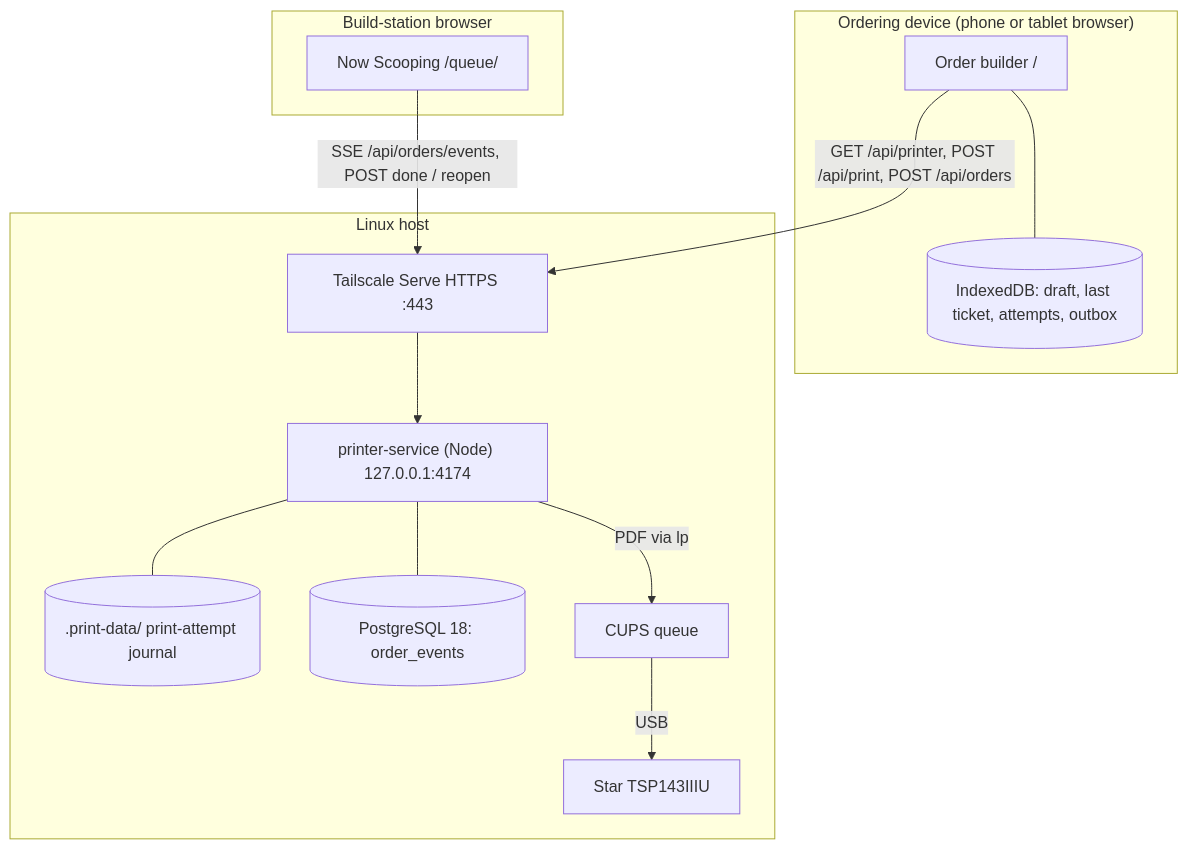
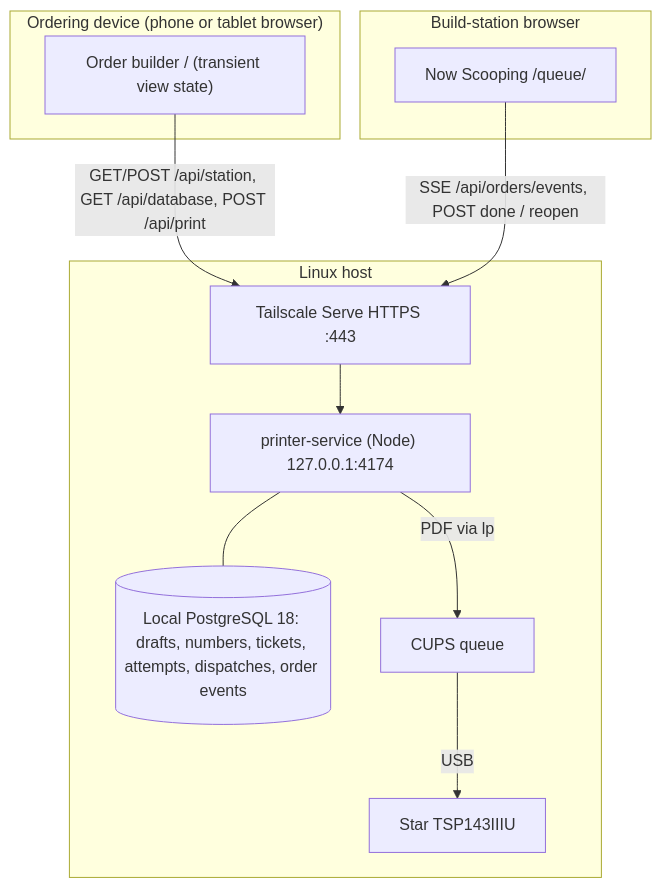
One commit to castab/event-order-pad changed the diagram in README.md. Above: the diagram before and after it, drawn with Mermaid. The commit also changed other lines of this file and 41 other files, not shown here.

Commit message:
Move station persistence to required local Postgres

````diff
--- a/README.md
+++ b/README.md
@@ -11,17 +11,16 @@
 ```mermaid
 flowchart TB
   subgraph Ordering["Ordering device (phone or tablet browser)"]
-    B["Order builder /"] --- IDB[("IndexedDB: draft, last ticket, attempts, outbox")]
+    B["Order builder / (transient view state)"]
   end
   subgraph Station["Build-station browser"]
     Q["Now Scooping /queue/"]
   end
   subgraph Host["Linux host"]
     TS["Tailscale Serve HTTPS :443"] --> S["printer-service (Node) 127.0.0.1:4174"]
-    S --- J[(".print-data/ print-attempt journal")]
-    S --- DB[("PostgreSQL 18: order_events")]
+    S --- DB[("Local PostgreSQL 18: drafts, numbers, tickets, attempts, dispatches, order events")]
     S -- "PDF via lp" --> C["CUPS queue"] -- USB --> P["Star TSP143IIIU"]
   end
-  B -- "GET /api/printer, POST /api/print, POST /api/orders" --> TS
+  B -- "GET/POST /api/station, GET /api/database, POST /api/print" --> TS
   Q -- "SSE /api/orders/events, POST done / reopen" --> TS
 ```
````
